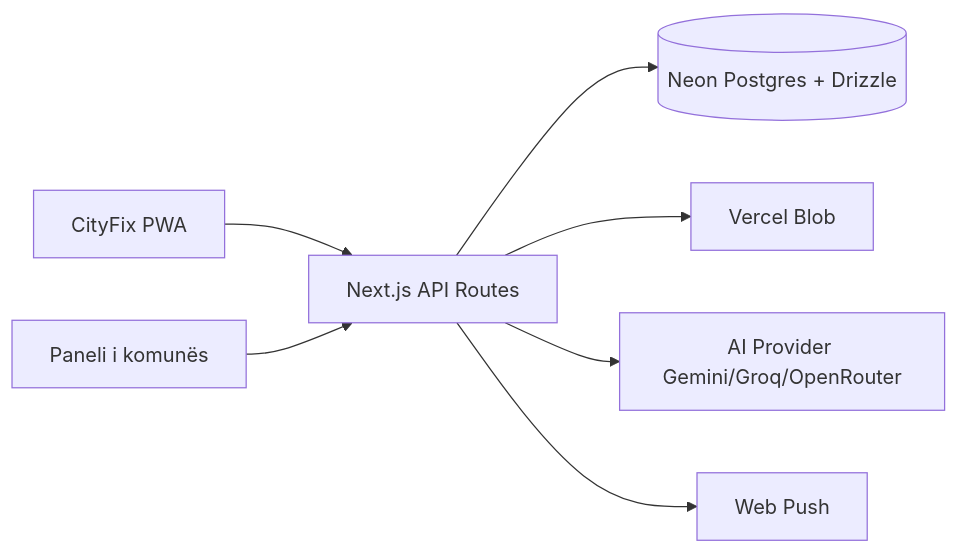
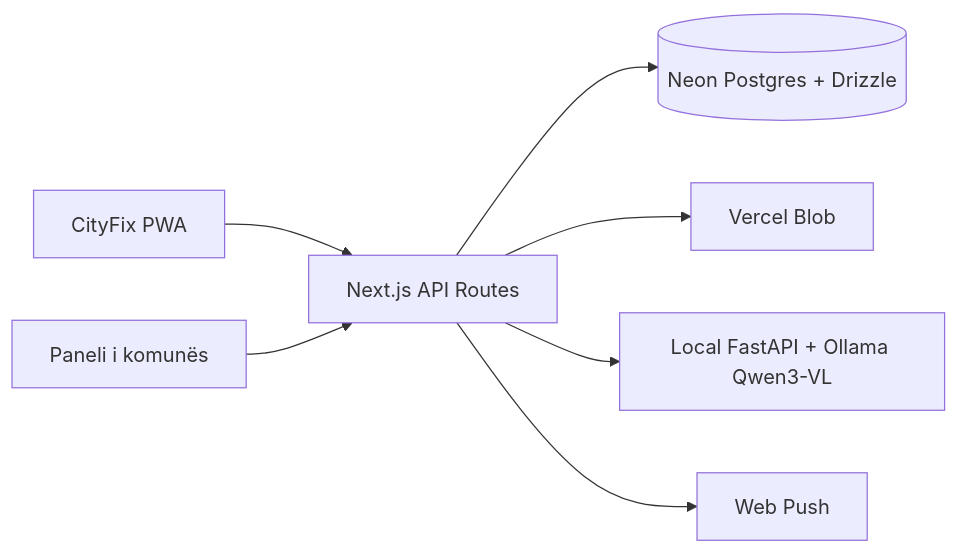
One commit to demhasa/cityfix changed the first of 4 diagrams in docs/design.md. Above: the diagram before and after it, drawn with Mermaid. The commit also changed other lines of this file and 19 other files, not shown here.

````diff
--- a/docs/design.md
+++ b/docs/design.md
@@ -9,9 +9,9 @@
 ```mermaid
 flowchart LR
   PWA[CityFix PWA] --> API[Next.js API Routes]
   API --> DB[(Neon Postgres + Drizzle)]
   API --> BLOB[Vercel Blob]
-  API --> AI[AI Provider Gemini/Groq/OpenRouter]
+  API --> AI[Local FastAPI + Ollama Qwen3-VL]
   API --> PUSH[Web Push]
   ADMIN[Paneli i komunës] --> API
 ```
````
